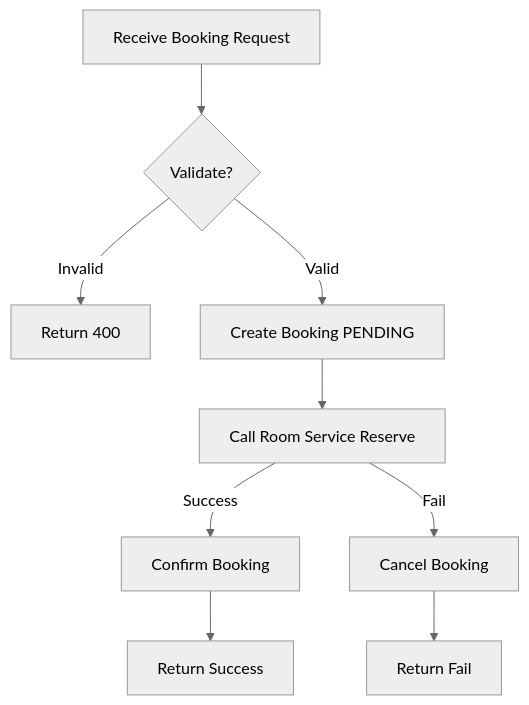
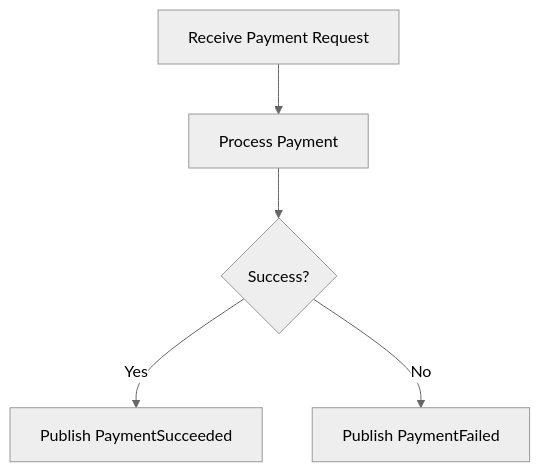
One commit to bangit14/WebBanHang-Project changed the third of 5 diagrams in analysis-and-design-ddd.md. Above: the diagram before and after it, drawn with Mermaid (neutral theme). The commit also changed other lines of this file and 1 other file, not shown here.

````diff
--- a/analysis-and-design-ddd.md
+++ b/analysis-and-design-ddd.md
@@ -163,11 +158,7 @@
 ```mermaid
 flowchart TD
-    A[Receive Booking Request] --> B{Validate?}
-    B -->|Invalid| C[Return 400]
-    B -->|Valid| D[Create Booking PENDING]
-    D --> E[Call Room Service Reserve]
-    E -->|Success| F[Confirm Booking]
-    E -->|Fail| G[Cancel Booking]
-    F --> H[Return Success]
-    G --> I[Return Fail]
+    A[Receive Payment Request] --> B[Process Payment]
+    B --> C{Success?}
+    C -->|Yes| D[Publish PaymentSucceeded]
+    C -->|No| E[Publish PaymentFailed]
 ```
````
